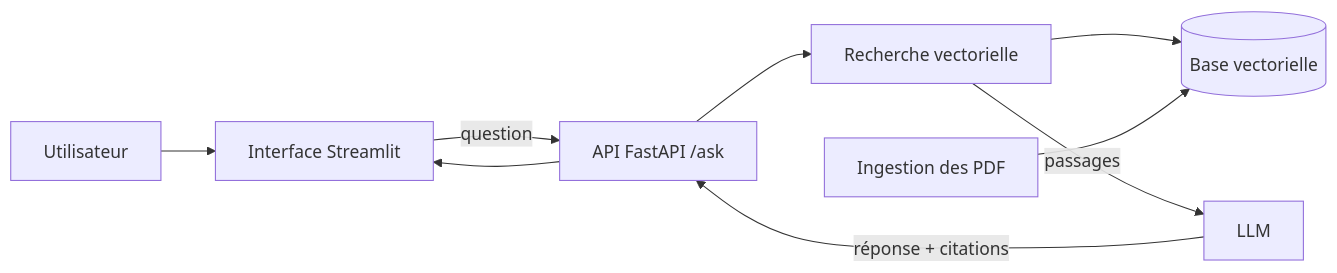
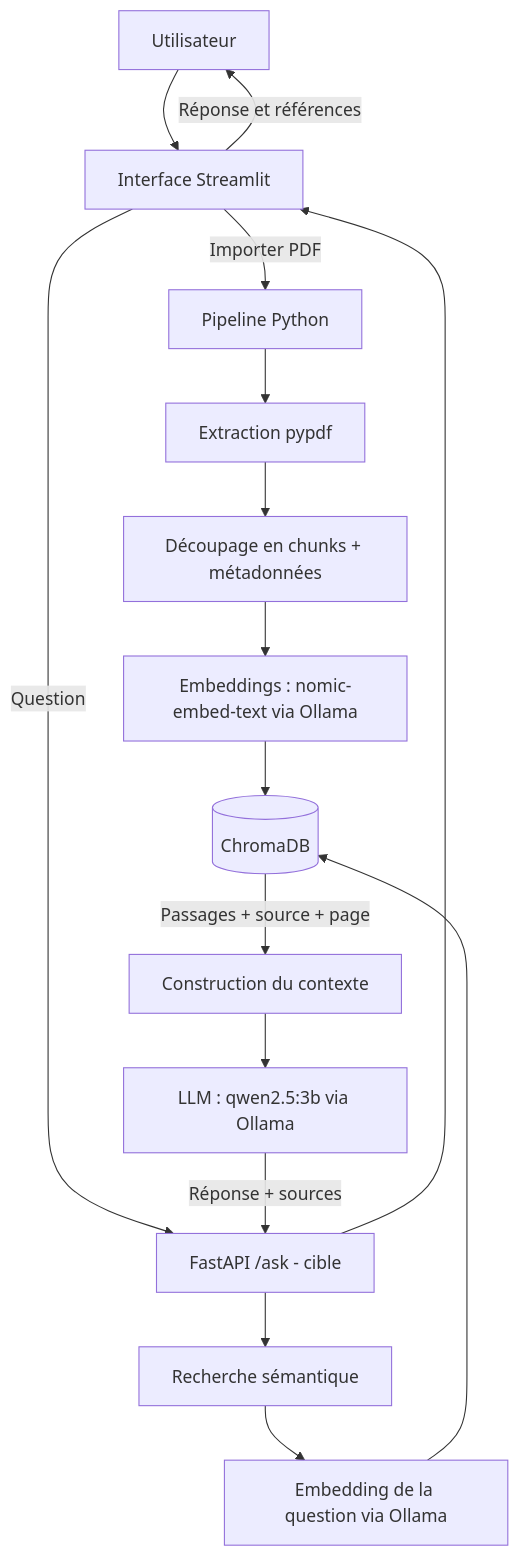
The first of 2 diagrams in Dossier de lancement (semaine 1) (1).md (Redouane-Maamri/Application-de-recherche-documentaire), drawn with Mermaid before and after one commit. The commit also changed other lines of this file, not shown here.

````diff
--- a/Dossier de lancement (semaine 1) (1).md
+++ b/Dossier de lancement (semaine 1) (1).md
@@ -141,11 +167,18 @@
 ```mermaid
-flowchart LR
+flowchart TD
     U[Utilisateur] --> UI[Interface Streamlit]
-    UI -->|question| API[API FastAPI /ask]
-    API --> R[Recherche vectorielle]
-    R --> DB[(Base vectorielle)]
-    ING[Ingestion des PDF] --> DB
-    R -->|passages| LLM[LLM]
-    LLM -->|réponse + citations| API
+    UI -->|Importer PDF| ING[Pipeline Python]
+    ING --> EXT[Extraction pypdf]
+    EXT --> CH[Découpage en chunks + métadonnées]
+    CH --> EMB[Embeddings : nomic-embed-text via Ollama]
+    EMB --> DB[(ChromaDB)]
+    UI -->|Question| API[FastAPI /ask - cible]
+    API --> RET[Recherche sémantique]
+    RET --> QEMB[Embedding de la question via Ollama]
+    QEMB --> DB
+    DB -->|Passages + source + page| CTX[Construction du contexte]
+    CTX --> LLM[LLM : qwen2.5:3b via Ollama]
+    LLM -->|Réponse + sources| API
     API --> UI
+    UI -->|Réponse et références| U
 ```
````
